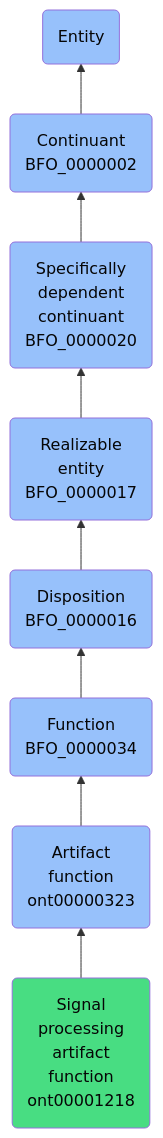
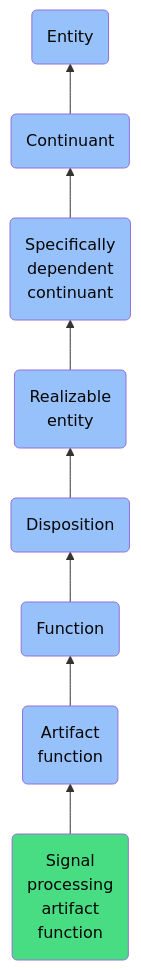
The diagram in docs/ontology/reference/model/Entity/Continuant/Specifically dependent continuant/Realizable entity/Disposition/Function/Artifact function/Signal processing artifact function/Signal processing artifact function.md (jupyter-naas/abi), drawn with Mermaid before and after one commit. The commit also changed other lines of this file and 1430 other files, not shown here.

````diff
--- a/docs/ontology/reference/model/Entity/Continuant/Specifically dependent continuant/Realizable entity/Disposition/Function/Artifact function/Signal processing artifact function/Signal processing artifact function.md
+++ b/docs/ontology/reference/model/Entity/Continuant/Specifically dependent continuant/Realizable entity/Disposition/Function/Artifact function/Signal processing artifact function/Signal processing artifact function.md
@@ -24,15 +24,15 @@
 ```mermaid
 graph BT
-    ont00001218(Signal<br>processing<br>artifact<br>function<br>ont00001218):::ABI-->ont00000323
-    ont00000323(Artifact<br>function<br>ont00000323):::BFO-->BFO_0000034
-    BFO_0000034(Function<br>BFO_0000034):::BFO-->BFO_0000016
-    BFO_0000016(Disposition<br>BFO_0000016):::BFO-->BFO_0000017
-    BFO_0000017(Realizable<br>entity<br>BFO_0000017):::BFO-->BFO_0000020
-    BFO_0000020(Specifically<br>dependent<br>continuant<br>BFO_0000020):::BFO-->BFO_0000002
-    BFO_0000002(Continuant<br>BFO_0000002):::BFO-->BFO_0000001
+    ont00001218(Signal<br>processing<br>artifact<br>function):::ABI-->ont00000323
+    ont00000323(Artifact<br>function):::BFO-->BFO_0000034
+    BFO_0000034(Function):::BFO-->BFO_0000016
+    BFO_0000016(Disposition):::BFO-->BFO_0000017
+    BFO_0000017(Realizable<br>entity):::BFO-->BFO_0000020
+    BFO_0000020(Specifically<br>dependent<br>continuant):::BFO-->BFO_0000002
+    BFO_0000002(Continuant):::BFO-->BFO_0000001
     BFO_0000001(Entity):::BFO
     
     classDef BFO fill:#97c1fb,color:#060606
     classDef CCO fill:#e4c51e,color:#060606
     classDef ABI fill:#48DD82,color:#060606
 ```
````
